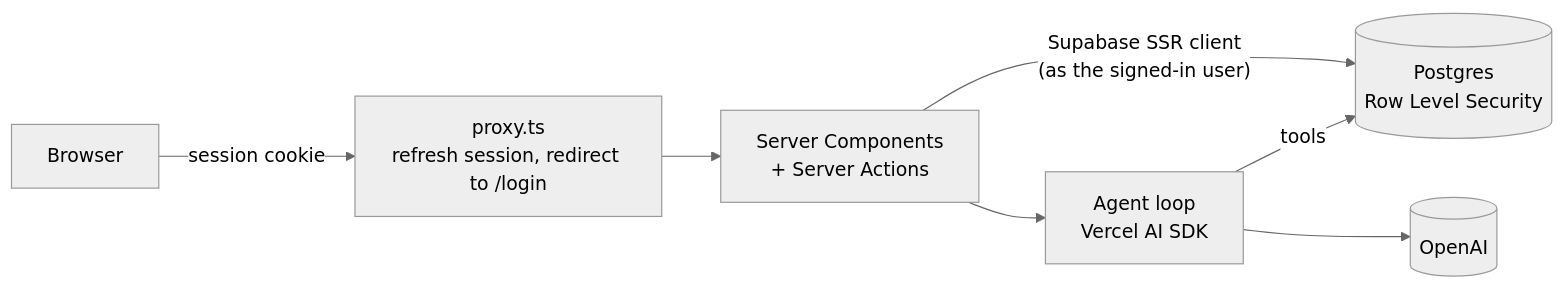
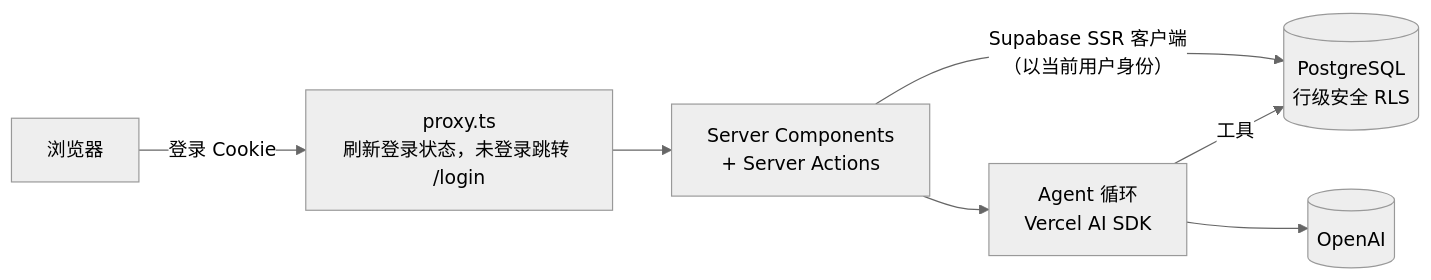
Before and after one commit to MARCHTOWNE/Meeting-Task: the second of 2 diagrams in README.md, drawn with Mermaid (neutral theme). The commit also changed other lines of this file and 3 other files, not shown here.

````diff
--- a/README.md
+++ b/README.md
@@ -70,9 +72,9 @@
 ```mermaid
 flowchart LR
-    Browser -->|session cookie| Proxy["proxy.ts<br/>refresh session, redirect to /login"]
+    Browser[浏览器] -->|登录 Cookie| Proxy["proxy.ts<br/>刷新登录状态，未登录跳转 /login"]
     Proxy --> RSC["Server Components<br/>+ Server Actions"]
-    RSC -->|"Supabase SSR client<br/>(as the signed-in user)"| PG[("Postgres<br/>Row Level Security")]
-    RSC --> Agent["Agent loop<br/>Vercel AI SDK"]
-    Agent -->|tools| PG
+    RSC -->|"Supabase SSR 客户端<br/>（以当前用户身份）"| PG[("PostgreSQL<br/>行级安全 RLS")]
+    RSC --> Agent["Agent 循环<br/>Vercel AI SDK"]
+    Agent -->|工具| PG
     Agent --> OpenAI[(OpenAI)]
 ```
````
